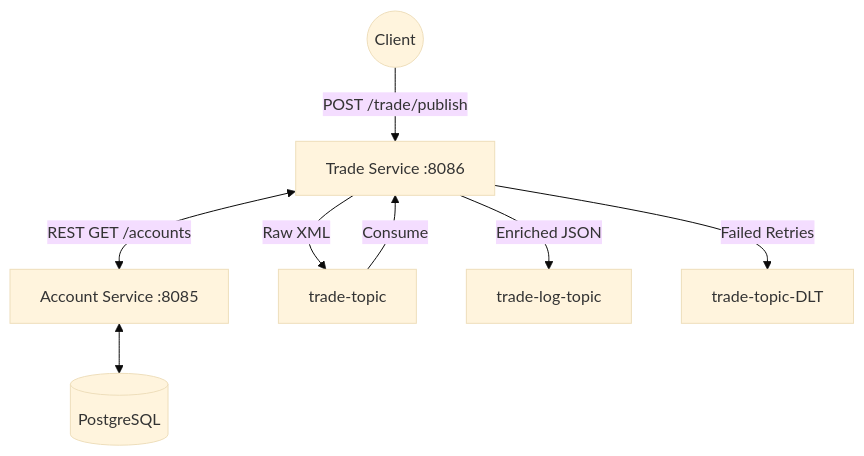
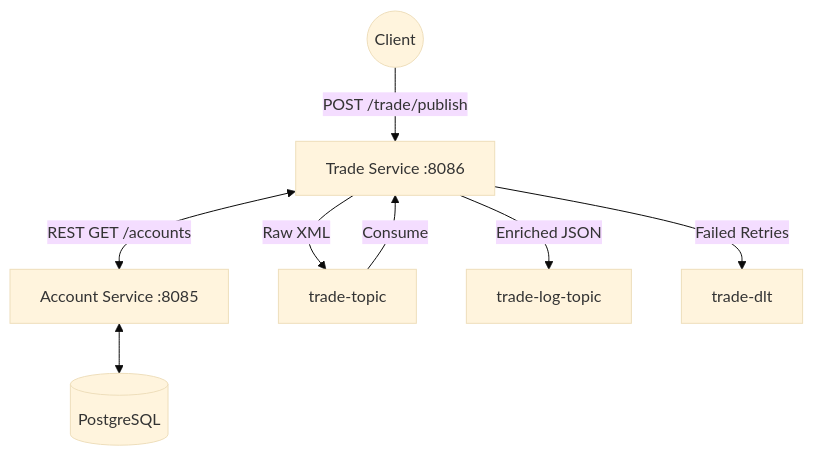
One commit to vanessarodriguesatwork/Trade-Enrichment-System changed the first of 4 diagrams in README.md. Above: the diagram before and after it, drawn with Mermaid (base theme). The commit also changed other lines of this file, not shown here.

````diff
--- a/README.md
+++ b/README.md
@@ -55,12 +55,12 @@
 ```mermaid
 graph TD
     Client((Client)) -->|POST /trade/publish| TS[Trade Service :8086]
     TS <-->|REST GET /accounts| AS[Account Service :8085]
     AS <--> DB[(PostgreSQL)]
     
     TS -->|Raw XML| KT1[trade-topic]
     KT1 -->|Consume| TS
     
     TS -->|Enriched JSON| KT2[trade-log-topic]
-    TS -->|Failed Retries| DLT[trade-topic-DLT]
+    TS -->|Failed Retries| DLT[trade-dlt]
 ```
````
